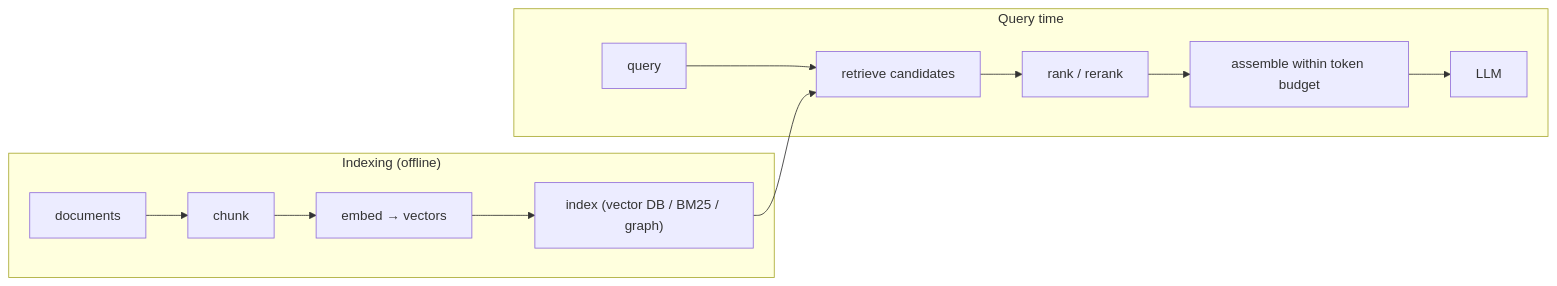
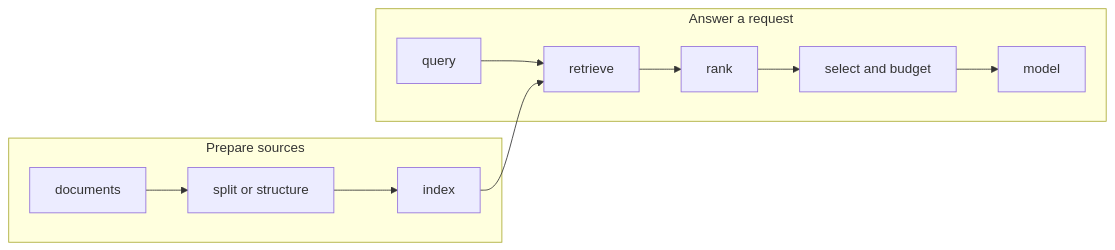
The diagram in docs/learn/04-rag.md (balureddy003/Naro), drawn with Mermaid before and after one commit. The commit also changed other lines of this file and 52 other files, not shown here.

````diff
--- a/docs/learn/04-rag.md
+++ b/docs/learn/04-rag.md
@@ -16,10 +13,14 @@
 ```mermaid
 flowchart LR
-    subgraph indexing["Indexing (offline)"]
-      D["documents"] --> CH["chunk"] --> E["embed → vectors"] --> IX["index (vector DB / BM25 / graph)"]
+    subgraph indexing["Prepare sources"]
+      D["documents"] --> CH["split or structure"]
+      CH --> IX["index"]
     end
-    subgraph query["Query time"]
-      Q["query"] --> R["retrieve candidates"] --> RK["rank / rerank"] --> A["assemble within token budget"] --> L["LLM"]
+    subgraph request["Answer a request"]
+      Q["query"] --> R["retrieve"]
+      R --> RK["rank"]
+      RK --> S["select and budget"]
+      S --> L["model"]
     end
     IX --> R
 ```
````
